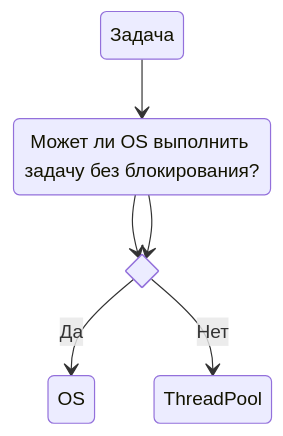
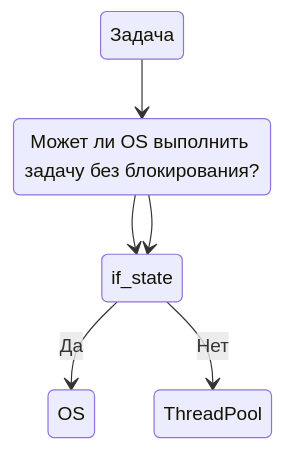
One commit to zohidulla/training-skills changed the diagram in Udemy/Node.js/README.md. Above: the diagram before and after it, drawn with Mermaid.

Commit message:
Event Loop

````diff
--- a/Udemy/Node.js/README.md
+++ b/Udemy/Node.js/README.md
@@ -224,11 +224,11 @@
 ```mermaid
 stateDiagram-v2
-  state if_state <<choice>>
+  state if_state
   state1: Задача
   state2: Может ли OS выполнить задачу без блокирования?
   state1 --> state2
   state2 --> if_state
   if_state --> OS: Да
   state2 --> if_state
   if_state --> ThreadPool: Нет
 ```
````
